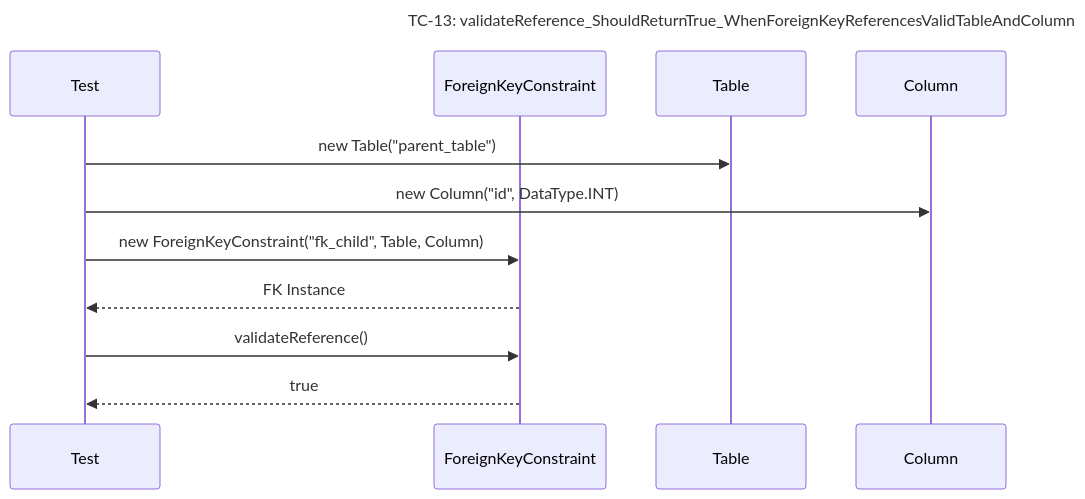
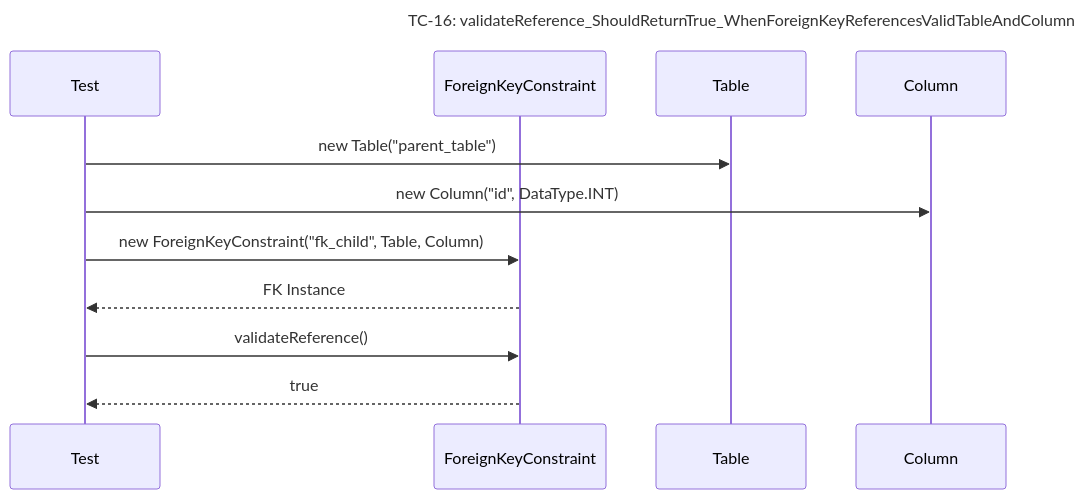
One commit to Dikhang1112/Database_Management_BBV changed diagram 42 of 47 in docs/unit_test/metadata/SequeceTestCase.md. Above: the diagram before and after it, drawn with Mermaid. The commit also changed other lines of this file and 23 other files, not shown here.

````diff
--- a/docs/unit_test/metadata/SequeceTestCase.md
+++ b/docs/unit_test/metadata/SequeceTestCase.md
@@ -249,15 +652,15 @@
 ```mermaid
 sequenceDiagram
-    title TC-13: validateReference_ShouldReturnTrue_WhenForeignKeyReferencesValidTableAndColumn
+    title TC-16: validateReference_ShouldReturnTrue_WhenForeignKeyReferencesValidTableAndColumn
     participant Test
     participant ForeignKeyConstraint
     participant Table
     participant Column
 
     Test->>Table: new Table("parent_table")
     Test->>Column: new Column("id", DataType.INT)
     Test->>ForeignKeyConstraint: new ForeignKeyConstraint("fk_child", Table, Column)
     ForeignKeyConstraint-->>Test: FK Instance
     Test->>ForeignKeyConstraint: validateReference()
     ForeignKeyConstraint-->>Test: true
 ```
````
